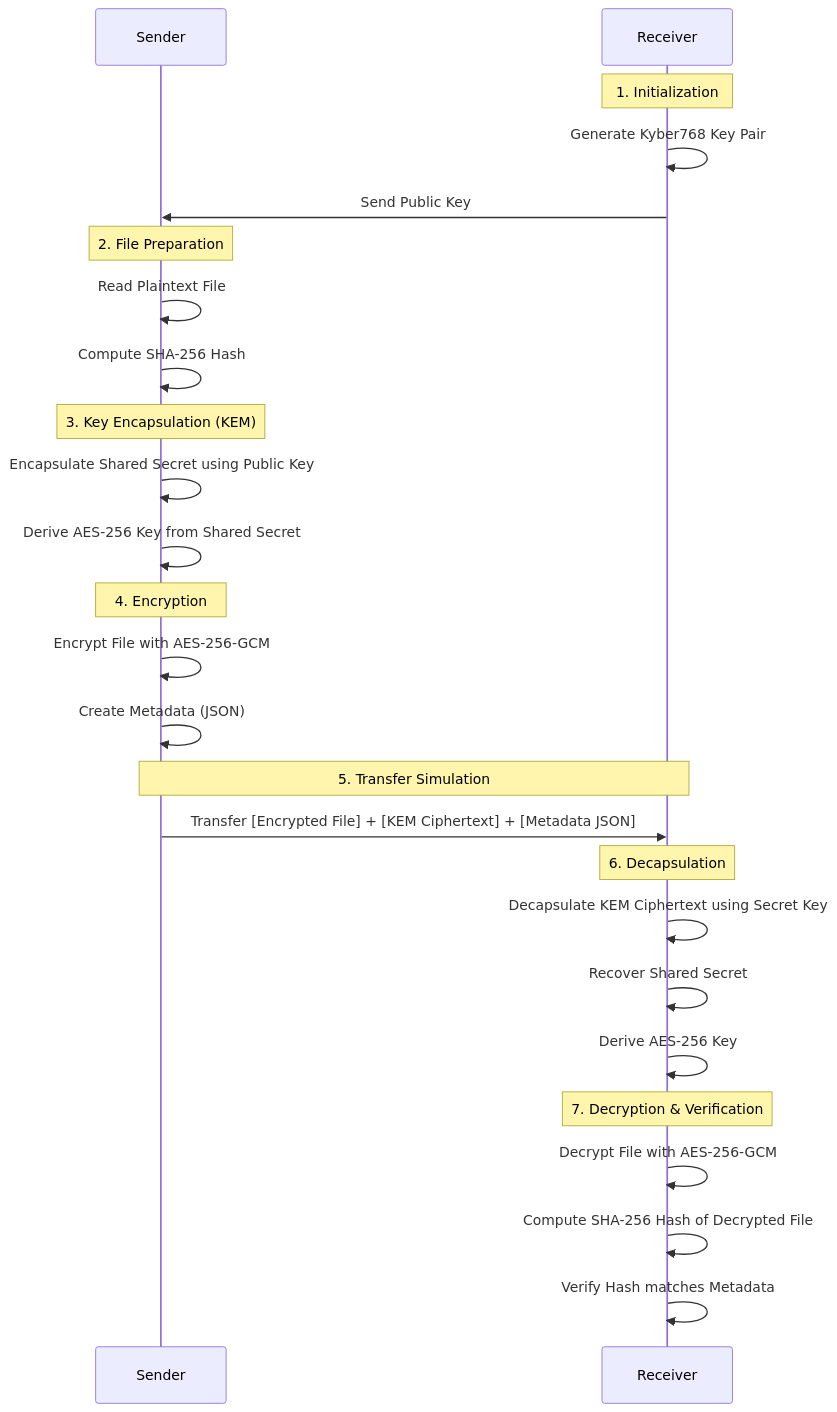
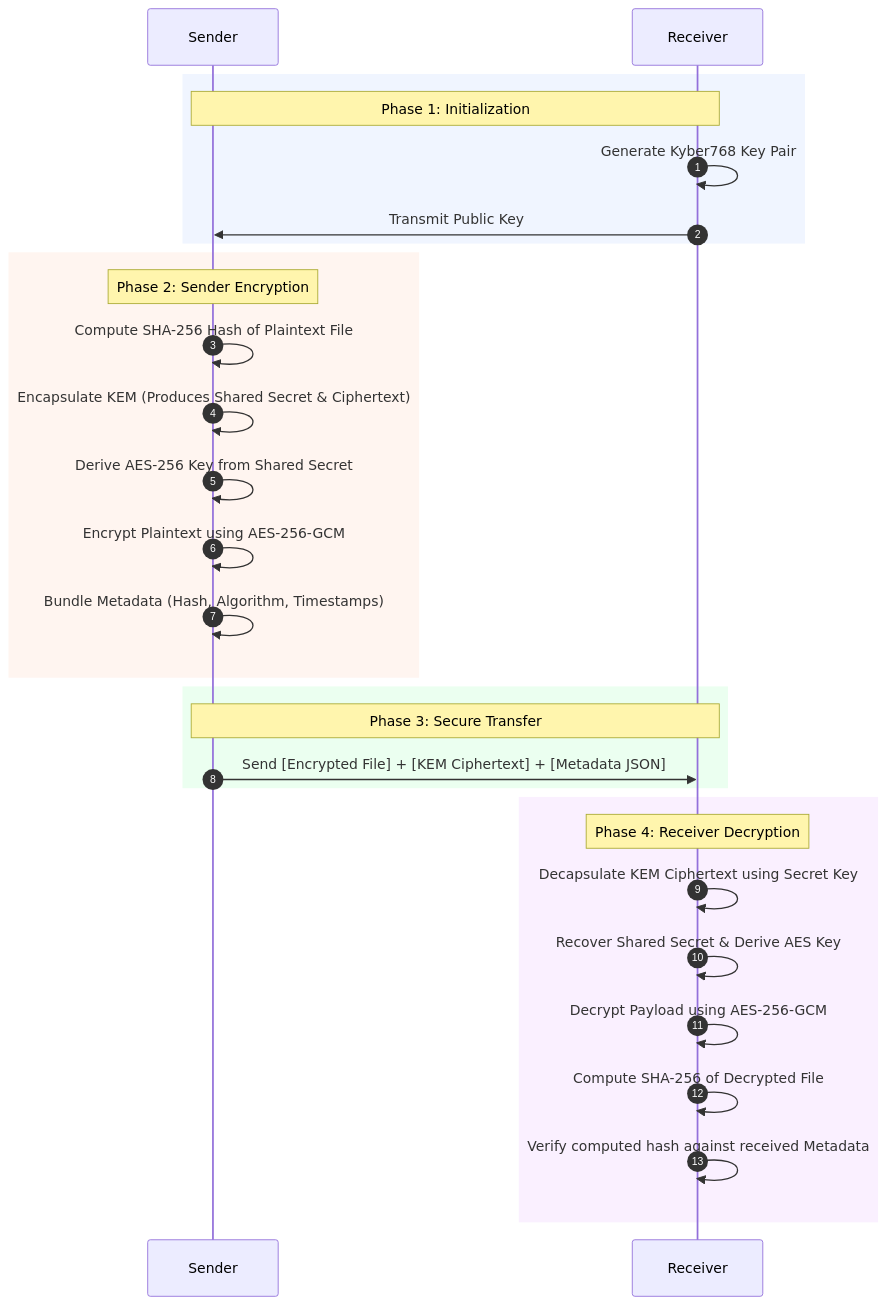
One commit to moemairu/pangolin changed the second of 2 diagrams in README.md. Above: the diagram before and after it, drawn with Mermaid. The commit also changed other lines of this file and 1 other file, not shown here.

Commit message:
Initial commit: Pangolin Post-Quantum Cryptography PoC

````diff
--- a/README.md
+++ b/README.md
@@ -65,34 +111,35 @@
 ```mermaid
 sequenceDiagram
+    autonumber
     participant S as Sender
     participant R as Receiver
 
-    Note over R: 1. Initialization
-    R->>R: Generate Kyber768 Key Pair
-    R->>S: Send Public Key
+    rect rgb(240, 245, 255)
+        Note over S,R: Phase 1: Initialization
+        R->>R: Generate Kyber768 Key Pair
+        R->>S: Transmit Public Key
+    end
 
-    Note over S: 2. File Preparation
-    S->>S: Read Plaintext File
-    S->>S: Compute SHA-256 Hash
+    rect rgb(255, 245, 240)
+        Note over S: Phase 2: Sender Encryption
+        S->>S: Compute SHA-256 Hash of Plaintext File
+        S->>S: Encapsulate KEM (Produces Shared Secret & Ciphertext)
+        S->>S: Derive AES-256 Key from Shared Secret
+        S->>S: Encrypt Plaintext using AES-256-GCM
+        S->>S: Bundle Metadata (Hash, Algorithm, Timestamps)
+    end
 
-    Note over S: 3. Key Encapsulation (KEM)
-    S->>S: Encapsulate Shared Secret using Public Key
-    S->>S: Derive AES-256 Key from Shared Secret
+    rect rgb(235, 255, 240)
+        Note over S,R: Phase 3: Secure Transfer
+        S->>R: Send [Encrypted File] + [KEM Ciphertext] + [Metadata JSON]
+    end
 
-    Note over S: 4. Encryption
-    S->>S: Encrypt File with AES-256-GCM
-    S->>S: Create Metadata (JSON)
-
-    Note over S,R: 5. Transfer Simulation
-    S->>R: Transfer [Encrypted File] + [KEM Ciphertext] + [Metadata JSON]
-
-    Note over R: 6. Decapsulation
-    R->>R: Decapsulate KEM Ciphertext using Secret Key
-    R->>R: Recover Shared Secret
-    R->>R: Derive AES-256 Key
-
-    Note over R: 7. Decryption & Verification
-    R->>R: Decrypt File with AES-256-GCM
-    R->>R: Compute SHA-256 Hash of Decrypted File
-    R->>R: Verify Hash matches Metadata
+    rect rgb(250, 240, 255)
+        Note over R: Phase 4: Receiver Decryption
+        R->>R: Decapsulate KEM Ciphertext using Secret Key
+        R->>R: Recover Shared Secret & Derive AES Key
+        R->>R: Decrypt Payload using AES-256-GCM
+        R->>R: Compute SHA-256 of Decrypted File
+        R->>R: Verify computed hash against received Metadata
+    end
 ```
````
